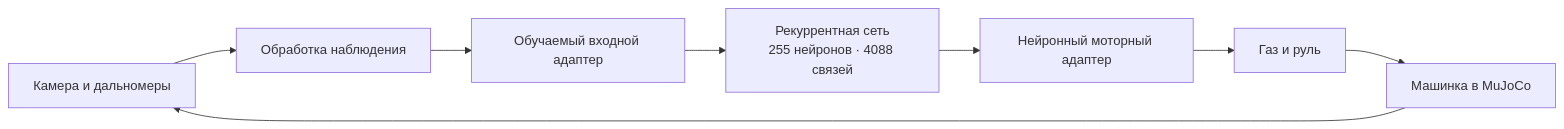
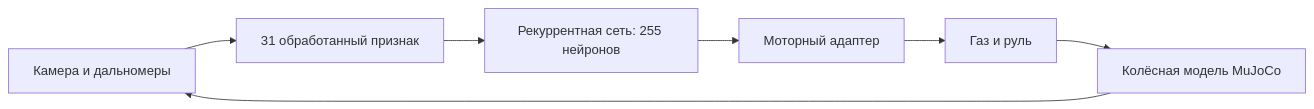
Before and after one commit to NilLev06/Mercury: the diagram in README.md, drawn with Mermaid. The commit also changed other lines of this file and 37 other files, not shown here.

````diff
--- a/README.md
+++ b/README.md
@@ -72,10 +67,9 @@
 ```mermaid
 flowchart LR
-    S[Камера и дальномеры] --> P[Обработка наблюдения]
-    P --> E[Обучаемый входной адаптер]
-    E --> C[Рекуррентная сеть<br/>255 нейронов · 4088 связей]
-    C --> M[Нейронный моторный адаптер]
+    S[Камера и дальномеры] --> P[31 обработанный признак]
+    P --> C[Рекуррентная сеть: 255 нейронов]
+    C --> M[Моторный адаптер]
     M --> A[Газ и руль]
-    A --> W[Машинка в MuJoCo]
+    A --> W[Колёсная модель MuJoCo]
     W --> S
 ```
````
